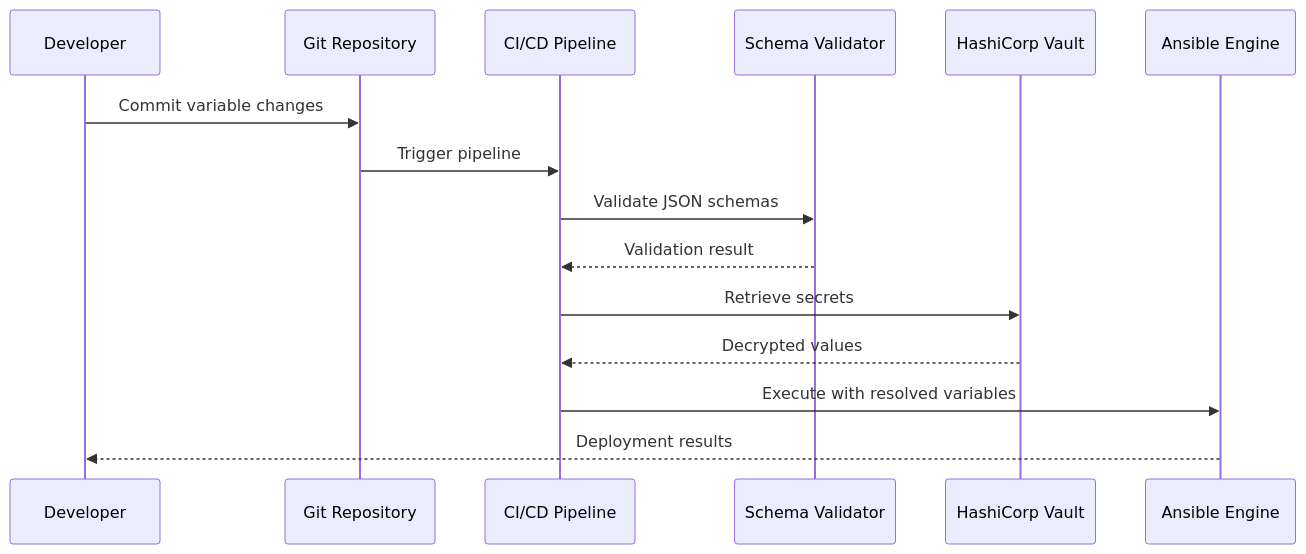
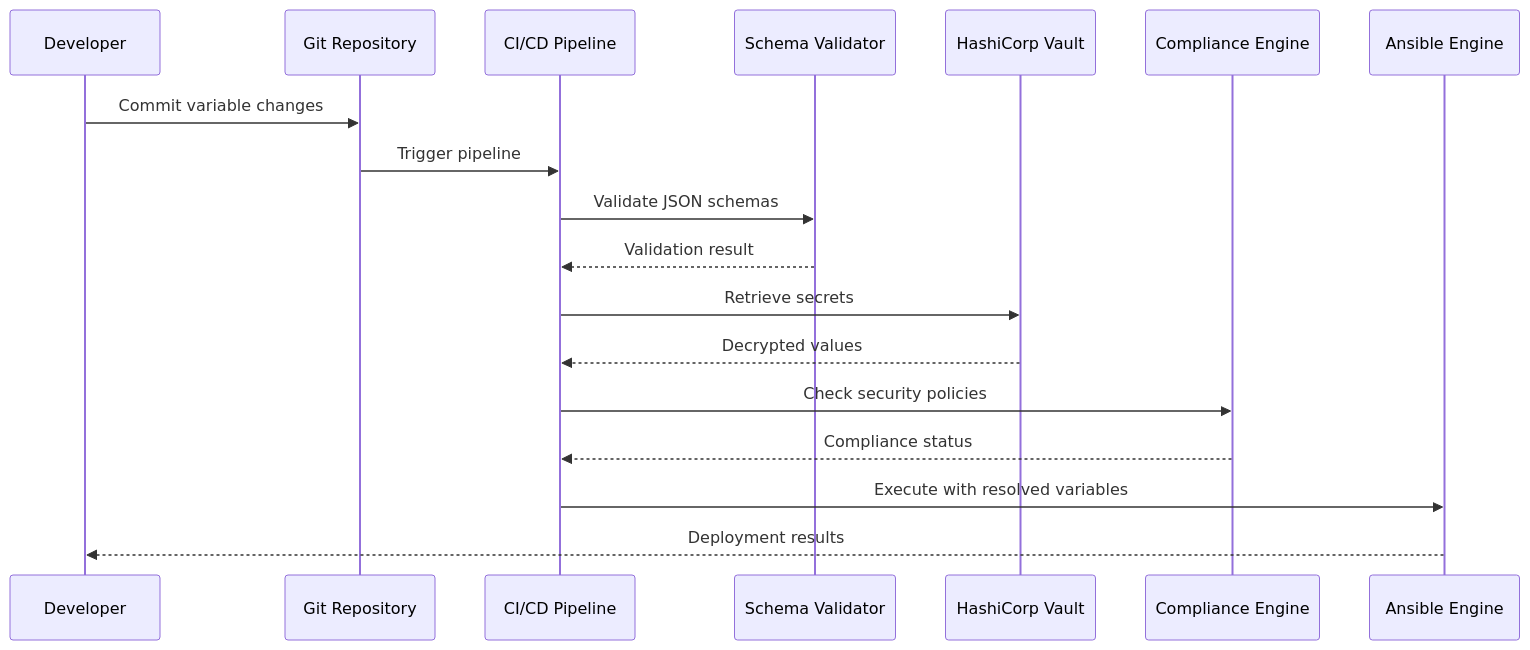
The second of 6 diagrams in .qoder/repowiki/en/content/Core Components/Configuration Management/Variable Management System.md (shakthi-vinayak/network-automation), drawn with Mermaid before and after one commit. The commit also changed other lines of this file and 144 other files, not shown here.

````diff
--- a/.qoder/repowiki/en/content/Core Components/Configuration Management/Variable Management System.md
+++ b/.qoder/repowiki/en/content/Core Components/Configuration Management/Variable Management System.md
@@ -105,17 +138,20 @@
 ```mermaid
 sequenceDiagram
 participant Dev as Developer
 participant Git as Git Repository
 participant CI as CI/CD Pipeline
 participant Schema as Schema Validator
 participant Vault as HashiCorp Vault
+participant Compliance as Compliance Engine
 participant Ansible as Ansible Engine
 Dev->>Git : Commit variable changes
 Git->>CI : Trigger pipeline
 CI->>Schema : Validate JSON schemas
 Schema-->>CI : Validation result
 CI->>Vault : Retrieve secrets
 Vault-->>CI : Decrypted values
+CI->>Compliance : Check security policies
+Compliance-->>CI : Compliance status
 CI->>Ansible : Execute with resolved variables
 Ansible-->>Dev : Deployment results
 ```
````
